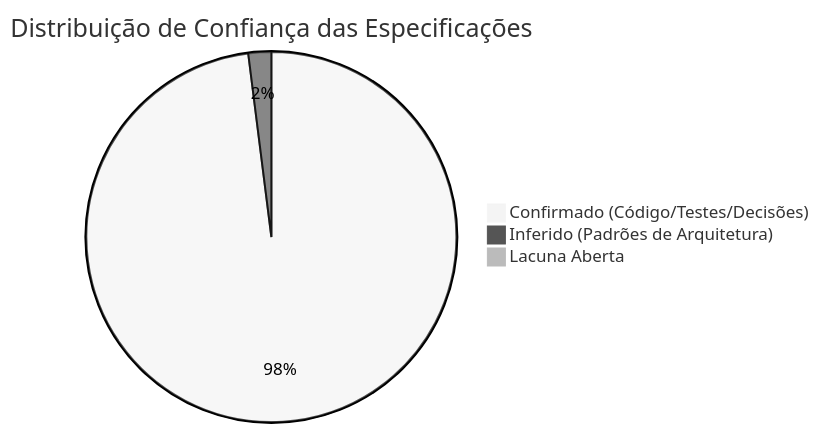
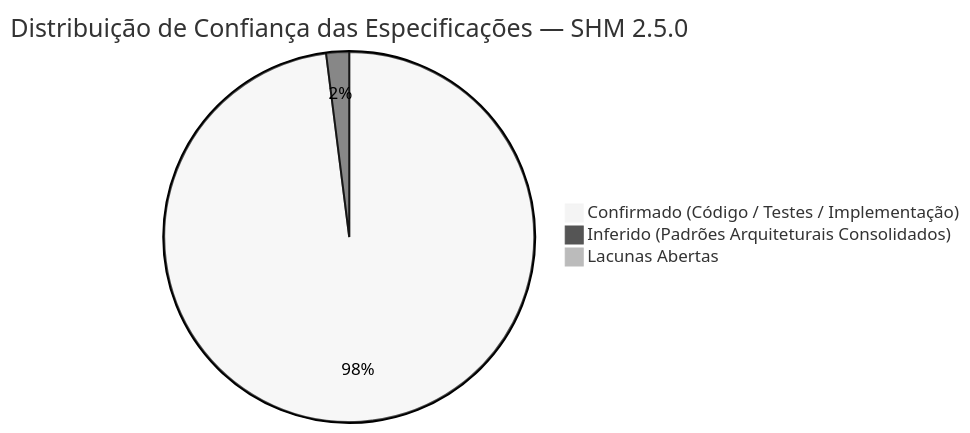
The diagram in _reversa_sdd/confidence-report.md (andresouza72br-sketch/SHM---Support-Hours-Manage), drawn with Mermaid (neutral theme) before and after one commit. The commit also changed other lines of this file and 8 other files, not shown here.

````diff
--- a/_reversa_sdd/confidence-report.md
+++ b/_reversa_sdd/confidence-report.md
@@ -11,6 +11,6 @@
 ```mermaid
-pie title Distribuição de Confiança das Especificações
-    "Confirmado (Código/Testes/Decisões)" : 98
-    "Inferido (Padrões de Arquitetura)" : 2
-    "Lacuna Aberta" : 0
+pie title Distribuição de Confiança das Especificações — SHM 2.5.0
+    "Confirmado (Código / Testes / Implementação)" : 98
+    "Inferido (Padrões Arquiteturais Consolidados)" : 2
+    "Lacunas Abertas" : 0
 ```
````
